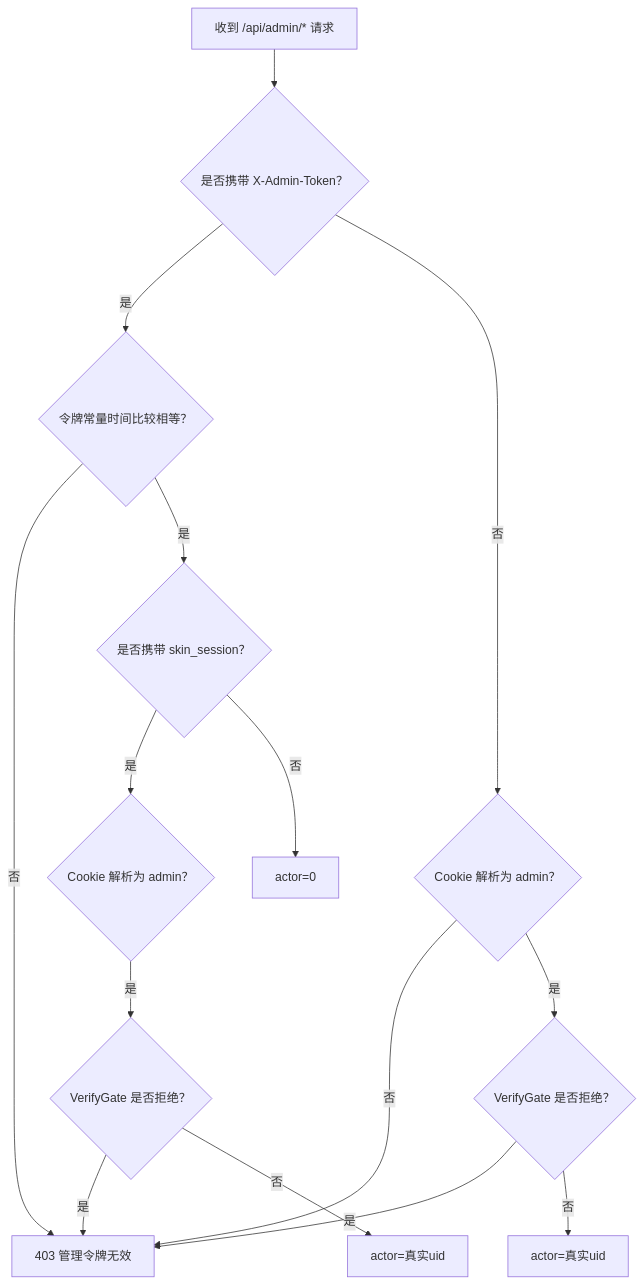
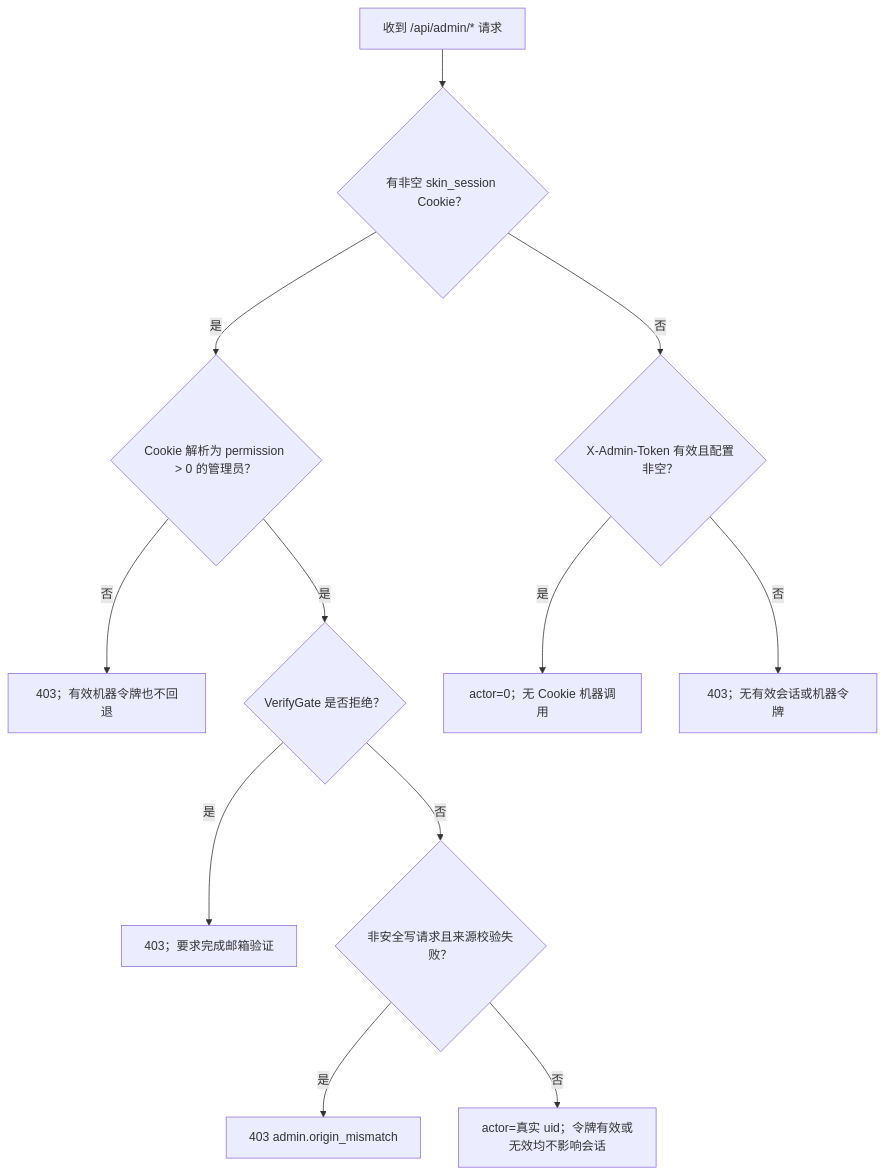
The second of 3 diagrams in docs/handbook/管理-API（-api-admin）.md (YimingZhanshen/skin-nexus), drawn with Mermaid before and after one commit. The commit also changed other lines of this file and 24 other files, not shown here.

````diff
--- a/docs/handbook/管理-API（-api-admin）.md
+++ b/docs/handbook/管理-API（-api-admin）.md
@@ -118,17 +118,14 @@
 ```mermaid
 flowchart TD
-    Start["收到 /api/admin/* 请求"] --> CheckToken{"是否携带 X-Admin-Token？"}
-    CheckToken -->|是| TokenValid{"令牌常量时间比较相等？"}
-    TokenValid -->|否| Forbidden["403 管理令牌无效"]
-    TokenValid -->|是| HasSession{"是否携带 skin_session？"}
-    HasSession -->|是| SessionAdmin{"Cookie 解析为 admin？"}
+    Start["收到 /api/admin/* 请求"] --> HasSession{"有非空 skin_session Cookie？"}
+    HasSession -->|是| SessionAdmin{"Cookie 解析为 permission > 0 的管理员？"}
+    SessionAdmin -->|否| SessionForbidden["403；有效机器令牌也不回退"]
     SessionAdmin -->|是| VerifyCheck{"VerifyGate 是否拒绝？"}
-    VerifyCheck -->|是| Forbidden
-    VerifyCheck -->|否| ActorWeb["actor=真实uid"]
-    HasSession -->|否| ActorMachine["actor=0"]
-    CheckToken -->|否| SessionAdmin2{"Cookie 解析为 admin？"}
-    SessionAdmin2 -->|否| Forbidden
-    SessionAdmin2 -->|是| VerifyCheck2{"VerifyGate 是否拒绝？"}
-    VerifyCheck2 -->|是| Forbidden
-    VerifyCheck2 -->|否| ActorWeb2["actor=真实uid"]
+    VerifyCheck -->|是| VerifyForbidden["403；要求完成邮箱验证"]
+    VerifyCheck -->|否| OriginCheck{"非安全写请求且来源校验失败？"}
+    OriginCheck -->|是| OriginForbidden["403 admin.origin_mismatch"]
+    OriginCheck -->|否| ActorWeb["actor=真实 uid；令牌有效或无效均不影响会话"]
+    HasSession -->|否| TokenValid{"X-Admin-Token 有效且配置非空？"}
+    TokenValid -->|是| ActorMachine["actor=0；无 Cookie 机器调用"]
+    TokenValid -->|否| TokenForbidden["403；无有效会话或机器令牌"]
 ```
````
